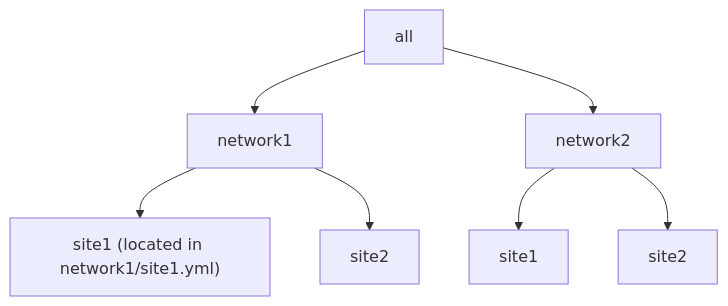
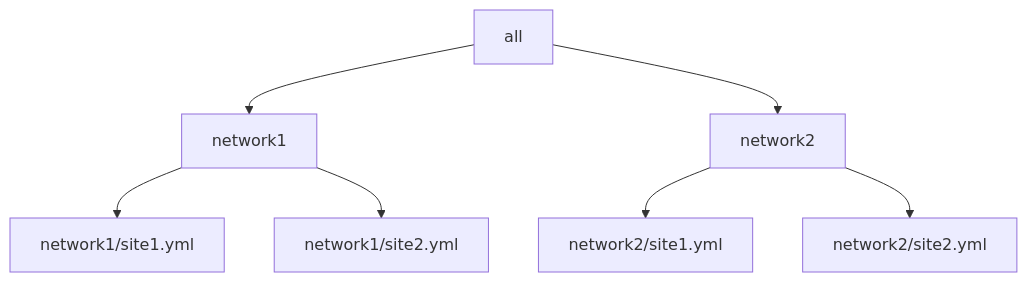
The first of 2 diagrams in tests/ansible-multiple-yaml-inventories/example1/README.md (lj020326/Ansible-inventory-file-examples), drawn with Mermaid before and after one commit.

Commit message:
develop-lj - 	modified:   tests/ansible-multiple-yaml-inventories/example1/README.md

````diff
--- a/tests/ansible-multiple-yaml-inventories/example1/README.md
+++ b/tests/ansible-multiple-yaml-inventories/example1/README.md
@@ -18,9 +18,9 @@
 ```mermaid
 graph TD;
     A[all] --> B[network1]
     A[all] --> C[network2]
-    B --> D["site1 (located in network1/site1.yml)"]
-    B --> E[site2]
-    C --> F[site1]
-    C --> G[site2]
+    B --> D["network1/site1.yml"]
+    B --> E["network1/site2.yml"]
+    C --> F["network2/site1.yml"]
+    C --> G["network2/site2.yml"]
 ```
````
